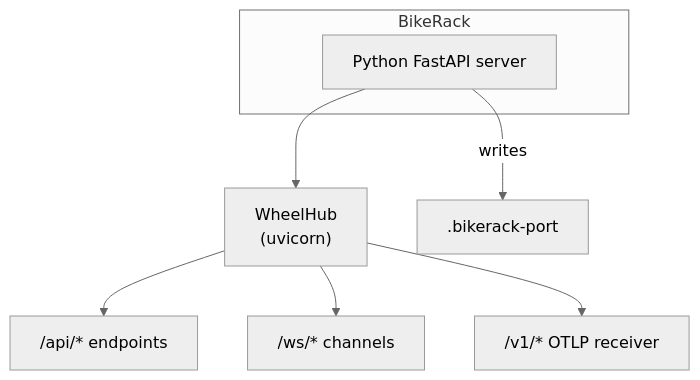
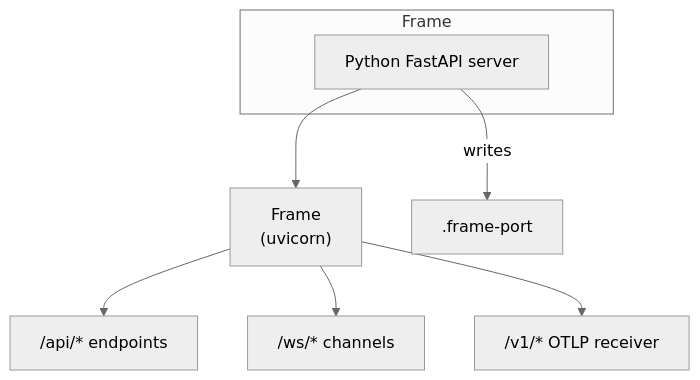
One commit to slabgorb/pennyfarthing changed the diagram in README.md. Above: the diagram before and after it, drawn with Mermaid (neutral theme). The commit also changed other lines of this file and 197 other files, not shown here.

````diff
--- a/README.md
+++ b/README.md
@@ -166,14 +166,14 @@
 ```mermaid
 graph TB
-    subgraph "BikeRack"
+    subgraph "Frame"
         BR["Python FastAPI server"]
     end
 
-    BR --> WH["WheelHub<br/>(uvicorn)"]
+    BR --> WH["Frame<br/>(uvicorn)"]
 
-    BR -- "writes" --> BP[".bikerack-port"]
+    BR -- "writes" --> BP[".frame-port"]
 
     WH --> API["/api/* endpoints"]
     WH --> WS["/ws/* channels"]
     WH --> OTLP["/v1/* OTLP receiver"]
 ```
````
